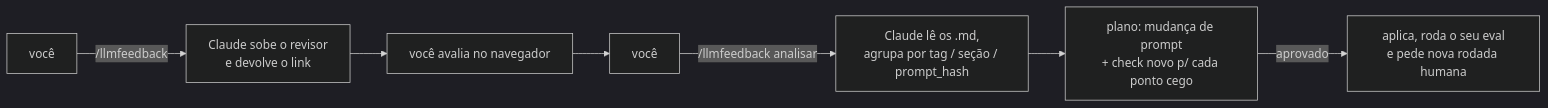
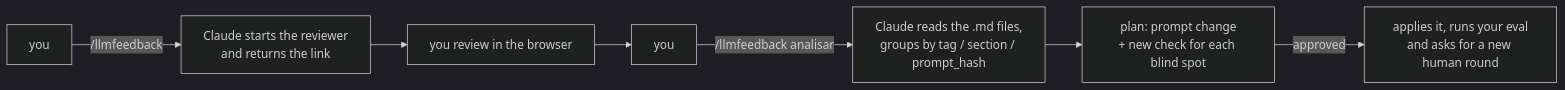
The fourth of 4 diagrams in README.md (ysrael12/llmfeedback), drawn with Mermaid (dark theme) before and after one commit. The commit also changed other lines of this file and 16 other files, not shown here.

````diff
--- a/README.md
+++ b/README.md
@@ -204,8 +301,8 @@
 ```mermaid
 flowchart LR
-    U["você"] -->|/llmfeedback| C1["Claude sobe o revisor<br/>e devolve o link"]
-    C1 --> R["você avalia no navegador"]
-    R --> U2["você"] -->|/llmfeedback analisar| C2["Claude lê os .md,<br/>agrupa por tag / seção / prompt_hash"]
-    C2 --> PL["plano: mudança de prompt<br/>+ check novo p/ cada ponto cego"]
-    PL -->|aprovado| AP["aplica, roda o seu eval<br/>e pede nova rodada humana"]
+    U["you"] -->|/llmfeedback| C1["Claude starts the reviewer<br/>and returns the link"]
+    C1 --> R["you review in the browser"]
+    R --> U2["you"] -->|/llmfeedback analisar| C2["Claude reads the .md files,<br/>groups by tag / section / prompt_hash"]
+    C2 --> PL["plan: prompt change<br/>+ new check for each blind spot"]
+    PL -->|approved| AP["applies it, runs your eval<br/>and asks for a new human round"]
 ```
````
